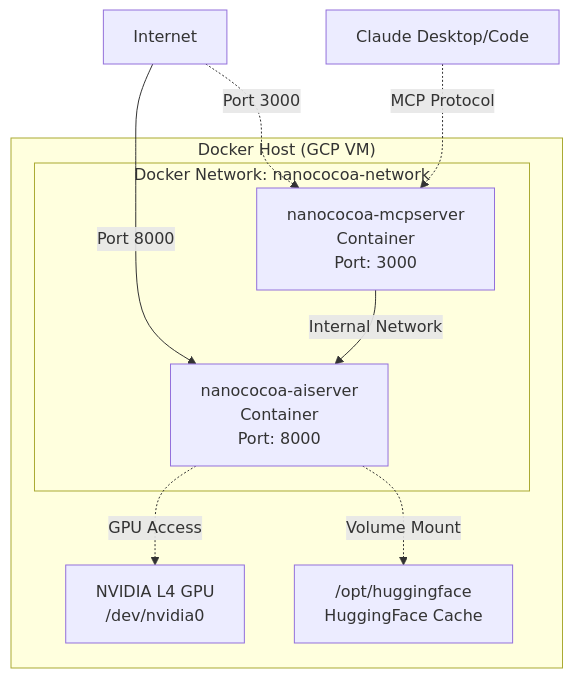
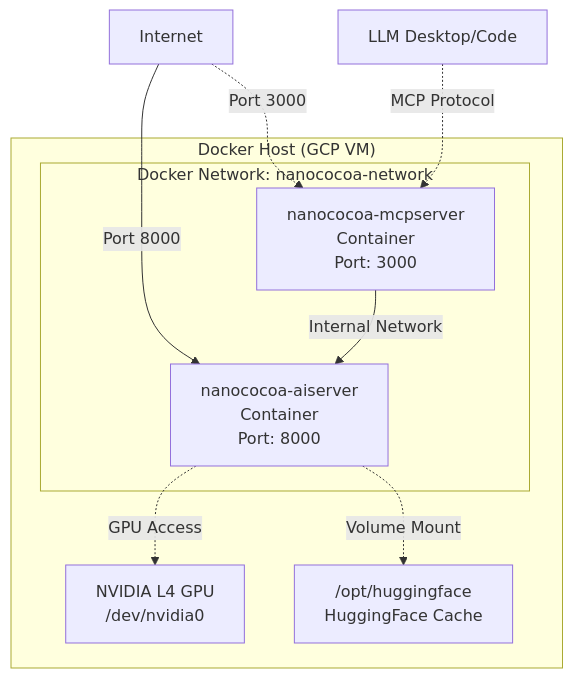
The diagram in docs/doc/Docker_배포_가이드.md (krapnuyij/codeit-ai-3team-ad-content), drawn with Mermaid before and after one commit. The commit also changed other lines of this file and 8 other files, not shown here.

````diff
--- a/docs/doc/Docker_배포_가이드.md
+++ b/docs/doc/Docker_배포_가이드.md
@@ -105,25 +105,25 @@
 ```mermaid
 graph TB
     subgraph "Docker Host (GCP VM)"
         subgraph "Docker Network: nanococoa-network"
             AIServer["nanococoa-aiserver
 Container
 Port: 8000"]
             MCPServer["nanococoa-mcpserver
 Container
 Port: 3000"]
         end
 
         GPU["NVIDIA L4 GPU
 /dev/nvidia0"]
         Storage["/opt/huggingface
 HuggingFace Cache"]
     end
 
     Internet["Internet"] -->|Port 8000| AIServer
     Internet -.->|Port 3000| MCPServer
-    Claude["Claude Desktop/Code"] -.->|MCP Protocol| MCPServer
+    LLM["LLM Desktop/Code"] -.->|MCP Protocol| MCPServer
     MCPServer -->|Internal Network| AIServer
     AIServer -.->|GPU Access| GPU
     AIServer -.->|Volume Mount| Storage
 ```
````
